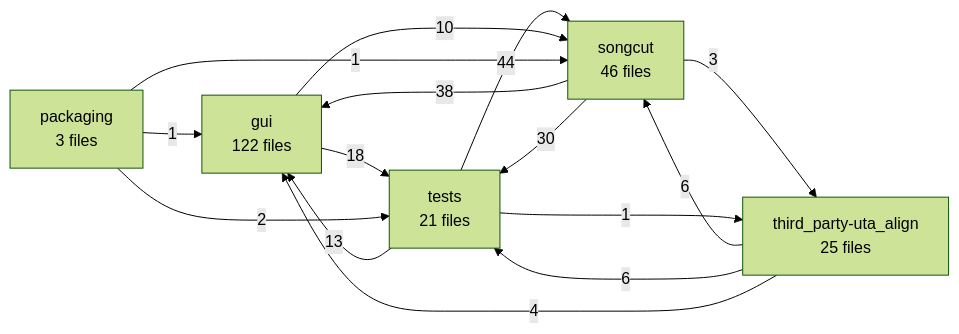
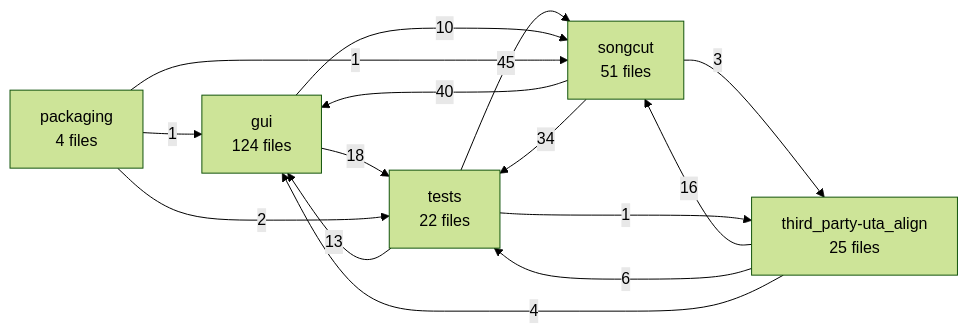
One commit to mokusatsu/songcut changed the diagram in docs/code-map/architecture.md. Above: the diagram before and after it, drawn with Mermaid (forest theme). The commit also changed other lines of this file and 42 other files, not shown here.

````diff
--- a/docs/code-map/architecture.md
+++ b/docs/code-map/architecture.md
@@ -18,22 +18,22 @@
 ```mermaid
 flowchart LR
-  gui["gui\n122 files"]
-  songcut["songcut\n46 files"]
+  gui["gui\n124 files"]
+  songcut["songcut\n51 files"]
   third_party_uta_align["third_party-uta_align\n25 files"]
-  tests["tests\n21 files"]
-  packaging["packaging\n3 files"]
-  tests -->|44| songcut
-  songcut -->|38| gui
-  songcut -->|30| tests
+  tests["tests\n22 files"]
+  packaging["packaging\n4 files"]
+  tests -->|45| songcut
+  songcut -->|40| gui
+  songcut -->|34| tests
   gui -->|18| tests
+  third_party_uta_align -->|16| songcut
   tests -->|13| gui
   gui -->|10| songcut
-  third_party_uta_align -->|6| songcut
   third_party_uta_align -->|6| tests
   third_party_uta_align -->|4| gui
   songcut -->|3| third_party_uta_align
   packaging -->|2| tests
   packaging -->|1| gui
   packaging -->|1| songcut
   tests -->|1| third_party_uta_align
 ```
````
